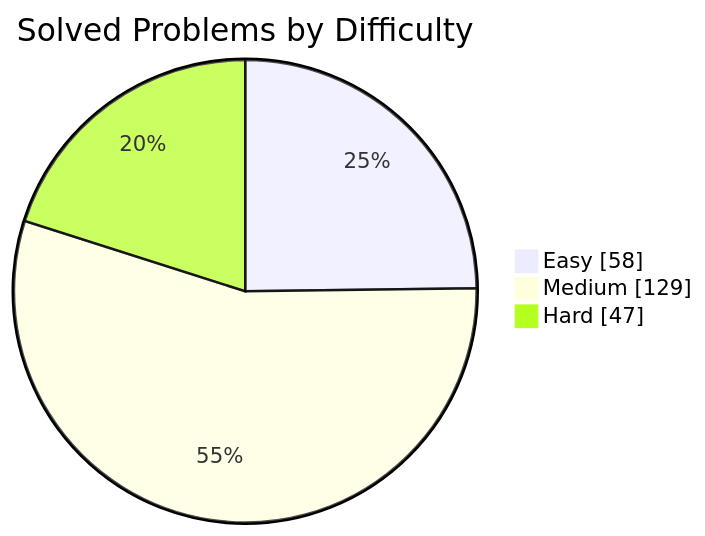
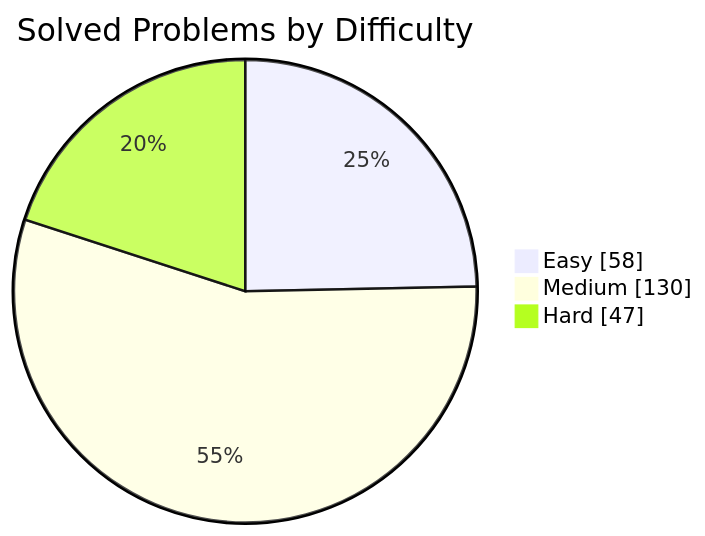
One commit to manikantbindass/DSA-Preparation-FAANG changed the first of 2 diagrams in README.md. Above: the diagram before and after it, drawn with Mermaid. The commit also changed other lines of this file and 1 other file, not shown here.

````diff
--- a/README.md
+++ b/README.md
@@ -40,7 +40,7 @@
 ```mermaid
 pie showData
     title Solved Problems by Difficulty
     "Easy" : 58
-    "Medium" : 129
+    "Medium" : 130
     "Hard" : 47
 ```
````
